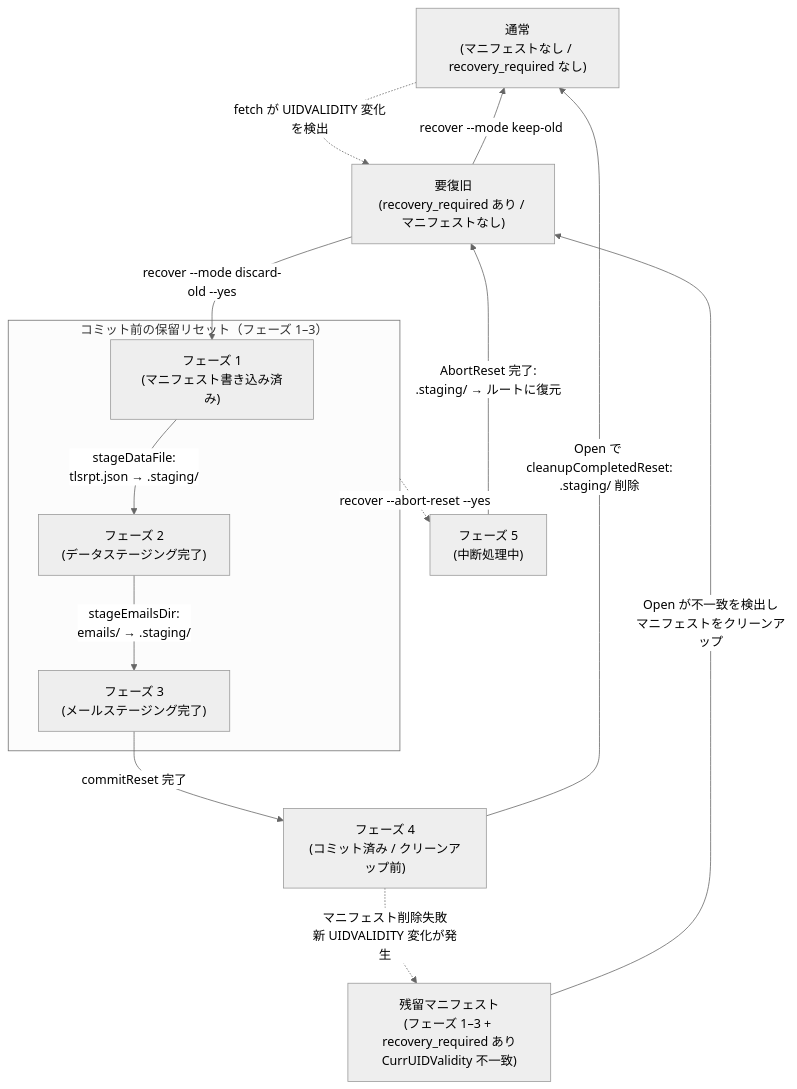
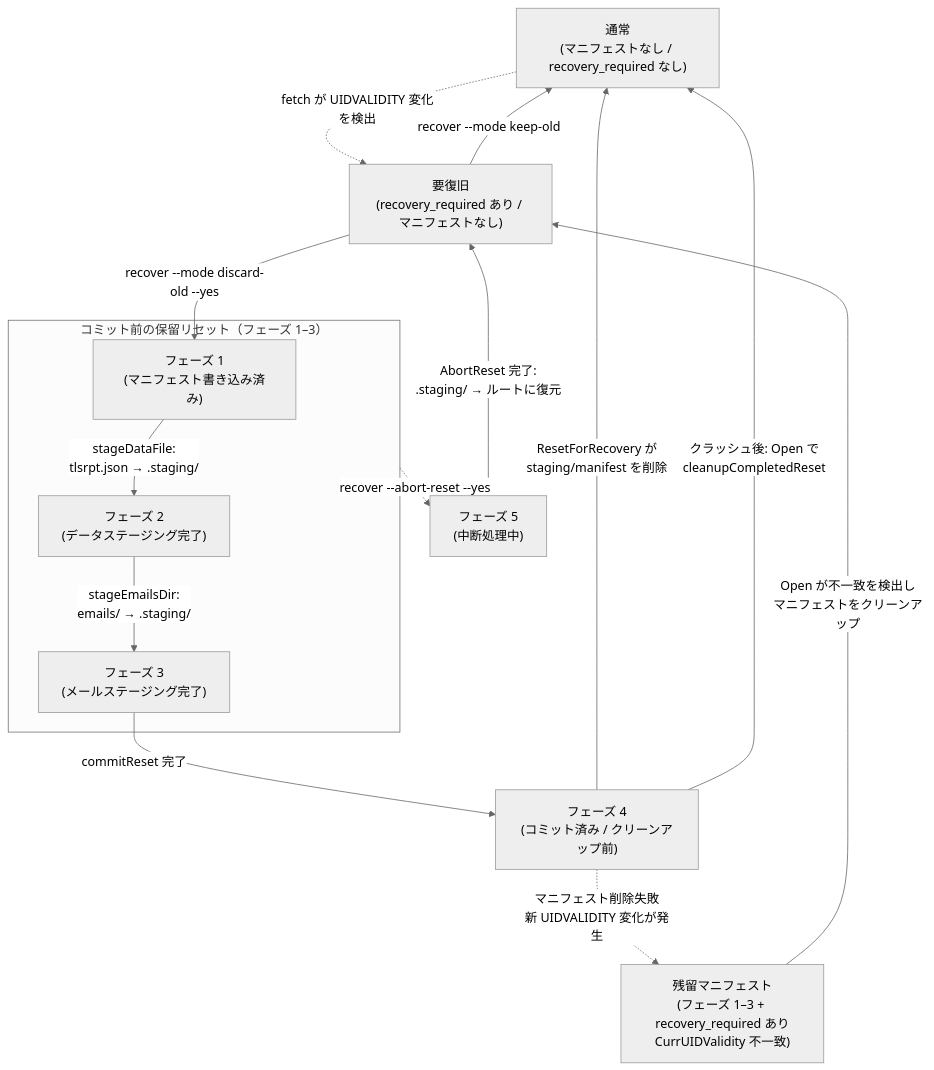
The diagram in docs/dev/adr/0003_reset_phase_design.ja.md (isseis/tlsrpt-digest), drawn with Mermaid (neutral theme) before and after one commit.

Commit message:
docs(adr): show both P4→Normal paths in state transition diagram
Phase 4 can transition to Normal via two separate paths:
1. ResetForRecovery completes normally: executeResetFromManifest
   removes staging and manifest within the same call.
2. Crash recovery: the process crashes after commitReset; the next
   Open(OpenReadWrite) runs cleanupCompletedReset to remove the residue.

Previously only the Open/cleanupCompletedReset path was shown, making
it appear that cleanup always requires a separate Open call.

````diff
--- a/docs/dev/adr/0003_reset_phase_design.ja.md
+++ b/docs/dev/adr/0003_reset_phase_design.ja.md
@@ -89,26 +89,27 @@
 ```mermaid
 flowchart TD
     Normal["通常<br>(マニフェストなし / recovery_required なし)"]
     RR["要復旧<br>(recovery_required あり / マニフェストなし)"]
     P4["フェーズ 4<br>(コミット済み / クリーンアップ前)"]
     P5["フェーズ 5<br>(中断処理中)"]
     StaleM["残留マニフェスト<br>(フェーズ 1–3 + recovery_required あり<br>CurrUIDValidity 不一致)"]
 
     subgraph PendingReset["コミット前の保留リセット（フェーズ 1–3）"]
         P1["フェーズ 1<br>(マニフェスト書き込み済み)"]
         P2["フェーズ 2<br>(データステージング完了)"]
         P3["フェーズ 3<br>(メールステージング完了)"]
     end
 
     Normal -.->|"fetch が UIDVALIDITY 変化を検出"| RR
     RR -->|"recover --mode keep-old"| Normal
     RR -->|"recover --mode discard-old --yes"| P1
     P1 -->|"stageDataFile:<br>tlsrpt.json → .staging/"| P2
     P2 -->|"stageEmailsDir:<br>emails/ → .staging/"| P3
     P3 -->|"commitReset 完了"| P4
     P4 -.->|"マニフェスト削除失敗<br>新 UIDVALIDITY 変化が発生"| StaleM
-    P4 -->|"Open で cleanupCompletedReset:<br>.staging/ 削除"| Normal
+    P4 -->|"ResetForRecovery が<br>staging/manifest を削除"| Normal
+    P4 -->|"クラッシュ後: Open で<br>cleanupCompletedReset"| Normal
     StaleM -->|"Open が不一致を検出し<br>マニフェストをクリーンアップ"| RR
     PendingReset -.->|"recover --abort-reset --yes"| P5
     P5 -->|"AbortReset 完了:<br>.staging/ → ルートに復元"| RR
 ```
````
